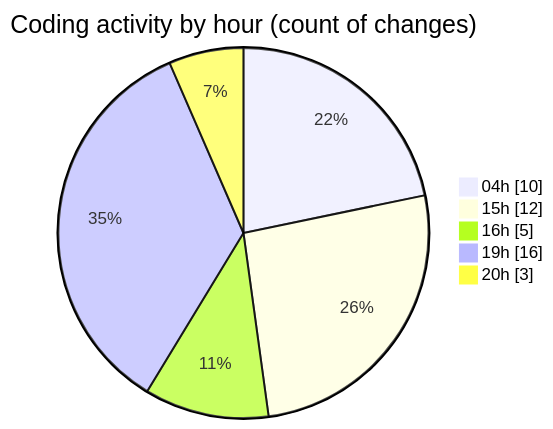
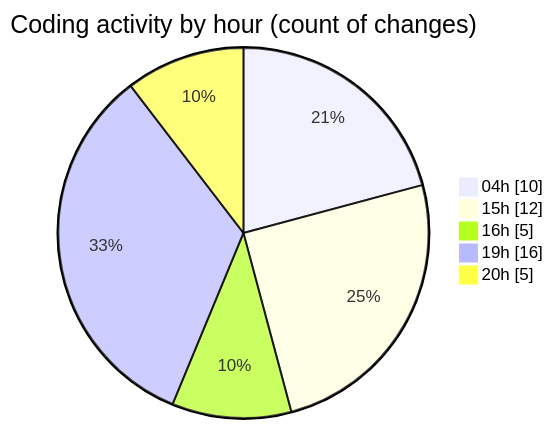
Before and after one commit to charlie-sans/code-tracking: the second of 2 diagrams in 2025-03-17/sharpmasm/README.md, drawn with Mermaid. The commit also changed other lines of this file and 1 other file, not shown here.

````diff
--- a/2025-03-17/sharpmasm/README.md
+++ b/2025-03-17/sharpmasm/README.md
@@ -35,9 +36,9 @@
 ```mermaid
 pie showData
 title Coding activity by hour (count of changes)
 "04h" : 10
 "15h" : 12
 "16h" : 5
 "19h" : 16
-"20h" : 3
+"20h" : 5
 ```
````
